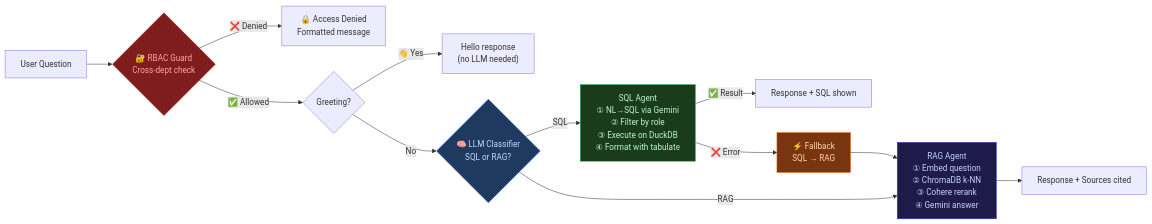
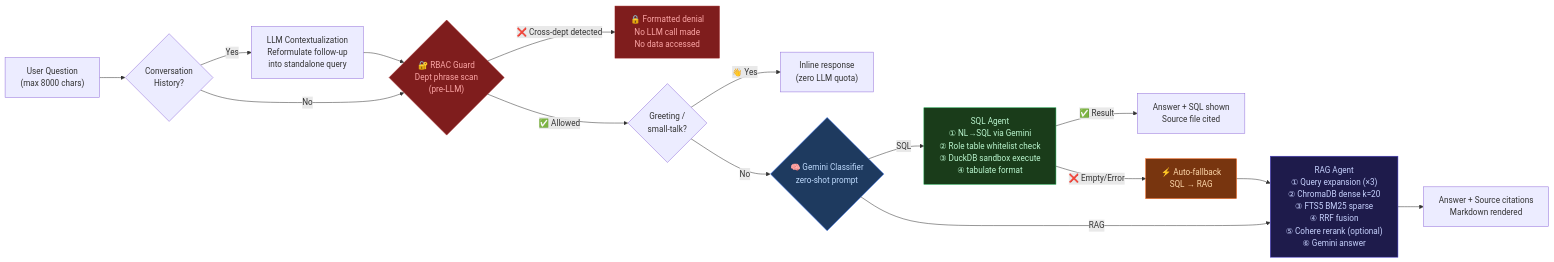
One commit to hamza1713/Enterprise-RAG-Chatbot-with-Role-Base-Access-Control- changed the fourth of 8 diagrams in README.md. Above: the diagram before and after it, drawn with Mermaid. The commit also changed other lines of this file and 1 other file, not shown here.

````diff
--- a/README.md
+++ b/README.md
@@ -161,24 +270,30 @@
 ```mermaid
 flowchart LR
-    Q["User Question"] --> GUARD{"🔐 RBAC Guard\nCross-dept check"}
+    Q["User Question\n(max 8000 chars)"] --> CTX{"Conversation\nHistory?"}
+    CTX -- "Yes" --> REFORM["LLM Contextualization\nReformulate follow-up\ninto standalone query"]
+    CTX -- "No" --> GUARD
+    REFORM --> GUARD
 
-    GUARD -- "❌ Denied" --> DENY["🔒 Access Denied\nFormatted message"]
-    GUARD -- "✅ Allowed" --> GREET{"Greeting?"}
+    GUARD{"🔐 RBAC Guard\nDept phrase scan\n(pre-LLM)"}
 
-    GREET -- "👋 Yes" --> HELLO["Hello response\n(no LLM needed)"]
-    GREET -- "No" --> CLS{"🧠 LLM Classifier\nSQL or RAG?"}
+    GUARD -- "❌ Cross-dept detected" --> DENY["🔒 Formatted denial\nNo LLM call made\nNo data accessed"]
+    GUARD -- "✅ Allowed" --> GREET{"Greeting /\nsmall-talk?"}
 
-    CLS -- SQL --> SQLAGENT["SQL Agent\n① NL→SQL via Gemini\n② Filter by role\n③ Execute on DuckDB\n④ Format with tabulate"]
-    CLS -- RAG --> RAGAGENT["RAG Agent\n① Embed question\n② ChromaDB k-NN\n③ Cohere rerank\n④ Gemini answer"]
+    GREET -- "👋 Yes" --> HELLO["Inline response\n(zero LLM quota)"]
+    GREET -- "No" --> CLS{"🧠 Gemini Classifier\nzero-shot prompt"}
 
-    SQLAGENT -- "✅ Result" --> RESP["Response + SQL shown"]
-    SQLAGENT -- "❌ Error" --> FALLBACK["⚡ Fallback\nSQL → RAG"]
+    CLS -- "SQL" --> SQLAGENT["SQL Agent\n① NL→SQL via Gemini\n② Role table whitelist check\n③ DuckDB sandbox execute\n④ tabulate format"]
+    CLS -- "RAG" --> RAGAGENT["RAG Agent\n① Query expansion (×3)\n② ChromaDB dense k=20\n③ FTS5 BM25 sparse\n④ RRF fusion\n⑤ Cohere rerank (optional)\n⑥ Gemini answer"]
+
+    SQLAGENT -- "✅ Result" --> RESP["Answer + SQL shown\nSource file cited"]
+    SQLAGENT -- "❌ Empty/Error" --> FALLBACK["⚡ Auto-fallback\nSQL → RAG"]
     FALLBACK --> RAGAGENT
-    RAGAGENT --> RESP2["Response + Sources cited"]
+    RAGAGENT --> RESP2["Answer + Source citations\nMarkdown rendered"]
 
     style GUARD fill:#7f1d1d,color:#fca5a5,stroke:#991b1b
     style CLS fill:#1e3a5f,color:#bfdbfe,stroke:#2563eb
     style SQLAGENT fill:#1a3c1a,color:#bbf7d0,stroke:#16a34a
     style RAGAGENT fill:#1e1b4b,color:#c7d2fe,stroke:#4338ca
     style FALLBACK fill:#78350f,color:#fed7aa,stroke:#ea580c
+    style DENY fill:#7f1d1d,color:#fca5a5,stroke:#991b1b
 ```
````
